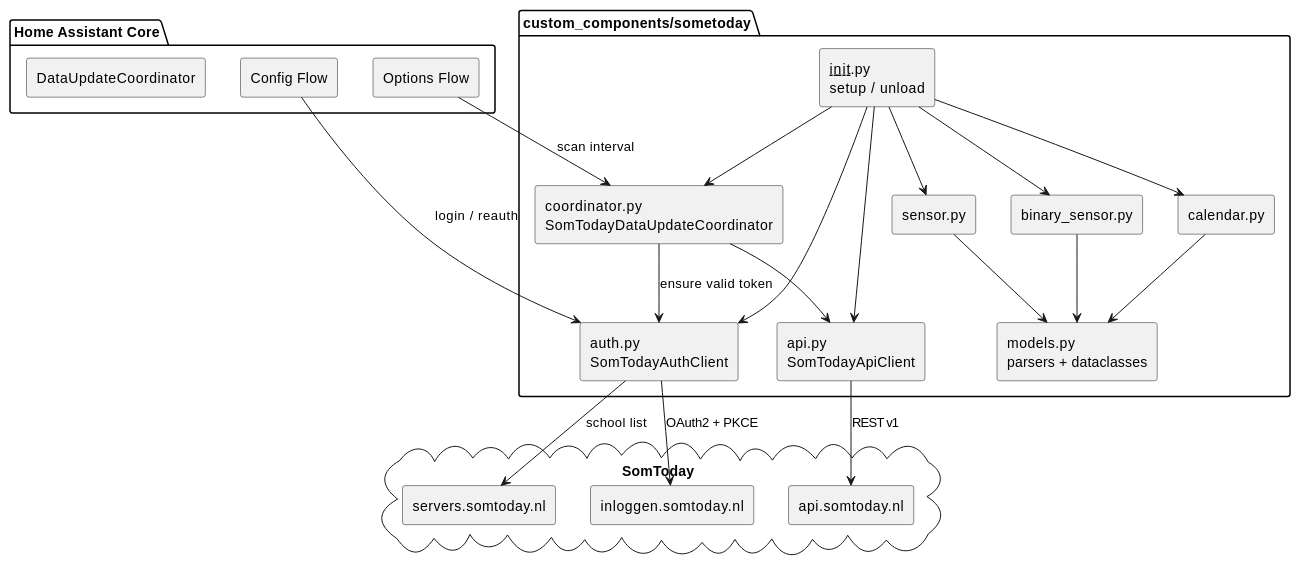
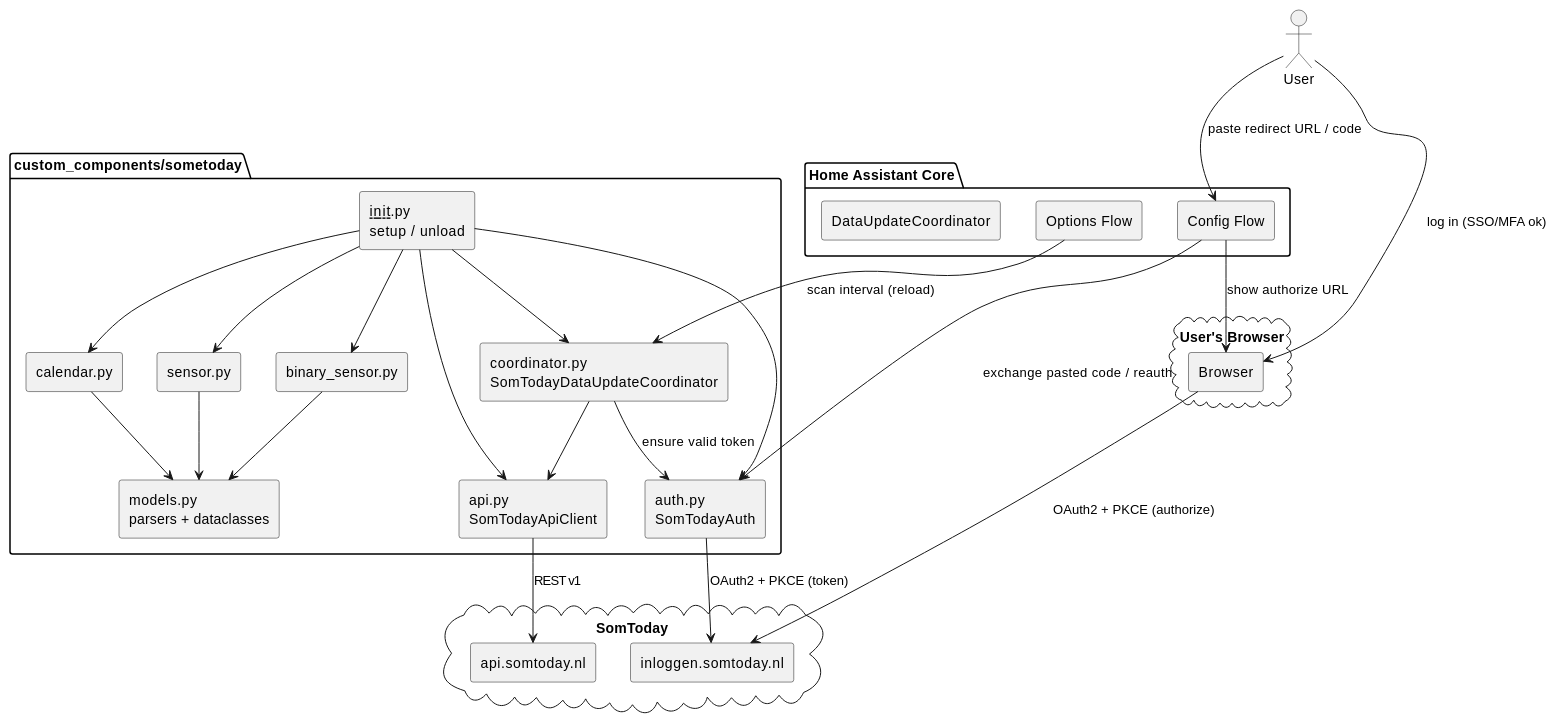
One commit to QuickSander/homeassistant-somtoday changed the first of 3 diagrams in docs/architecture.md. Above: the diagram before and after it, drawn with PlantUML. The commit also changed other lines of this file and 20 other files, not shown here.

First line of the commit message:
feat: replace password login with browser-based PKCE authorization

````diff
--- a/docs/architecture.md
+++ b/docs/architecture.md
@@ -82,45 +101,52 @@
 ```plantuml
 @startuml
 skinparam componentStyle rectangle
 
 package "Home Assistant Core" {
   [Config Flow] as CF
   [Options Flow] as OF
   [DataUpdateCoordinator] as CO
 }
 
 package "custom_components/sometoday" {
   [__init__.py\nsetup / unload] as INIT
   [api.py\nSomTodayApiClient] as API
-  [auth.py\nSomTodayAuthClient] as AUTH
+  [auth.py\nSomTodayAuth] as AUTH
   [models.py\nparsers + dataclasses] as MODELS
   [coordinator.py\nSomTodayDataUpdateCoordinator] as COORD
   [sensor.py] as SENSOR
   [binary_sensor.py] as BIN
   [calendar.py] as CAL
 }
 
+actor User
+cloud "User's Browser" {
+  [Browser] as BR
+}
+
 cloud "SomToday" {
   [inloggen.somtoday.nl] as IDP
   [api.somtoday.nl] as REST
-  [servers.somtoday.nl] as SRV
 }
 
-CF --> AUTH : login / reauth
-OF --> COORD : scan interval
+CF --> AUTH : exchange pasted code / reauth
+CF --> BR : show authorize URL
+User --> BR : log in (SSO/MFA ok)
+User --> CF : paste redirect URL / code
+OF --> COORD : scan interval (reload)
 INIT --> AUTH
 INIT --> API
 INIT --> COORD
 INIT --> SENSOR
 INIT --> BIN
 INIT --> CAL
-AUTH --> IDP : OAuth2 + PKCE
-AUTH --> SRV : school list
+AUTH --> IDP : OAuth2 + PKCE (token)
+BR --> IDP : OAuth2 + PKCE (authorize)
 API --> REST : REST v1
 COORD --> API
 COORD --> AUTH : ensure valid token
 SENSOR --> MODELS
 BIN --> MODELS
 CAL --> MODELS
 @enduml
 ```
````
